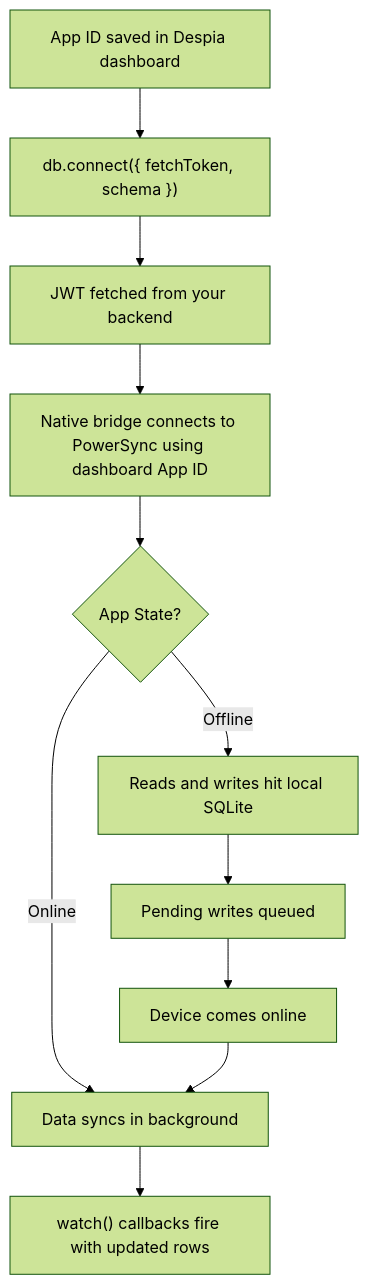
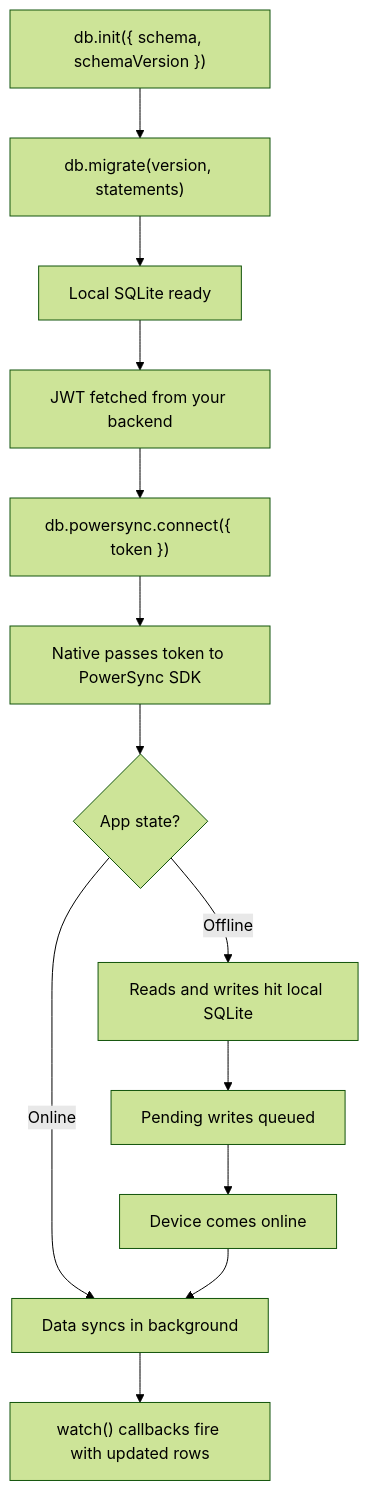
Before and after one commit to despia-native/docs: the second of 2 diagrams in local-database/reference.mdx, drawn with Mermaid (forest theme). The commit also changed other lines of this file and 5 other files, not shown here.

````diff
--- a/local-database/reference.mdx
+++ b/local-database/reference.mdx
@@ -361,13 +885,15 @@
 ```mermaid
 flowchart TD
-    A["App ID saved in Despia dashboard"] --> B["db.connect({ fetchToken, schema })"]
-    B --> C["JWT fetched from your backend"]
-    C --> D["Native bridge connects to PowerSync using dashboard App ID"]
-    D --> E{"App State?"}
-    E -->|"Online"| F["Data syncs in background"]
-    E -->|"Offline"| G["Reads and writes hit local SQLite"]
-    G --> H["Pending writes queued"]
-    H --> I["Device comes online"]
-    I --> F
-    F --> J["watch() callbacks fire with updated rows"]
+    A["db.init({ schema, schemaVersion })"] --> B["db.migrate(version, statements)"]
+    B --> C["Local SQLite ready"]
+    C --> D["JWT fetched from your backend"]
+    D --> E["db.powersync.connect({ token })"]
+    E --> F["Native passes token to PowerSync SDK"]
+    F --> G{"App state?"}
+    G -->|"Online"| H["Data syncs in background"]
+    G -->|"Offline"| I["Reads and writes hit local SQLite"]
+    I --> J["Pending writes queued"]
+    J --> K["Device comes online"]
+    K --> H
+    H --> L["watch() callbacks fire with updated rows"]
 ```
````
